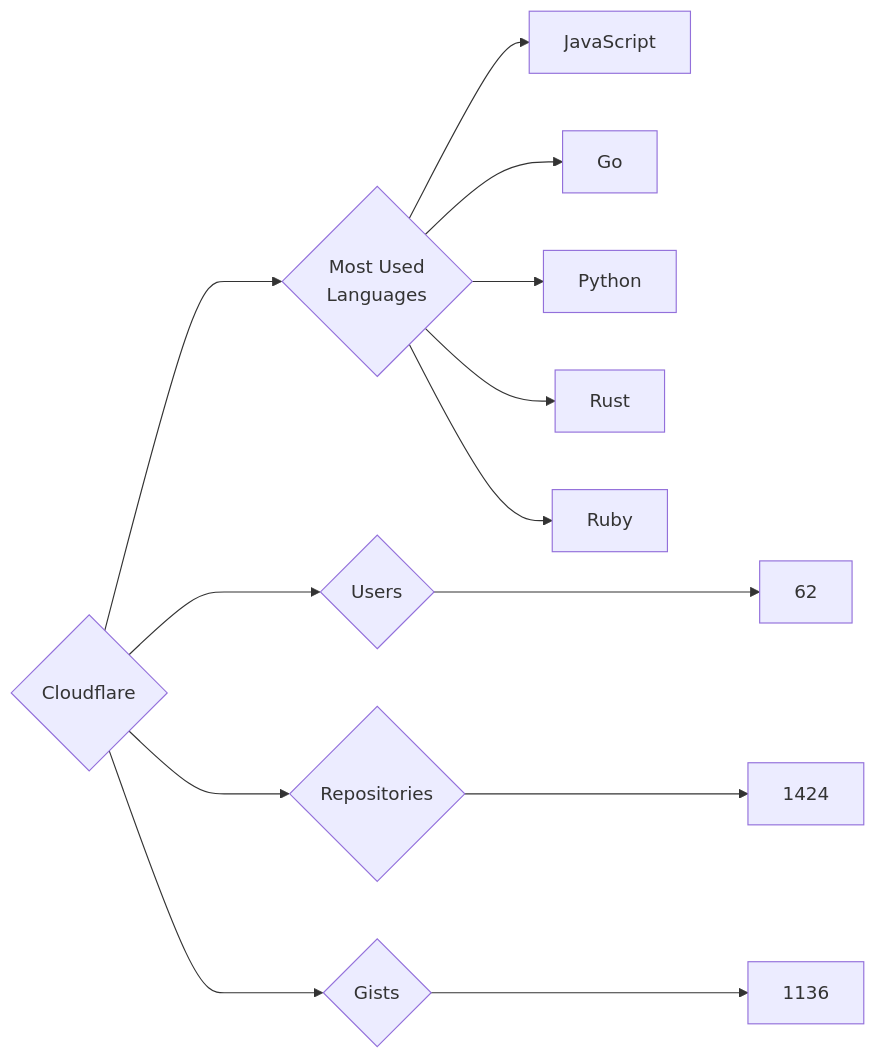
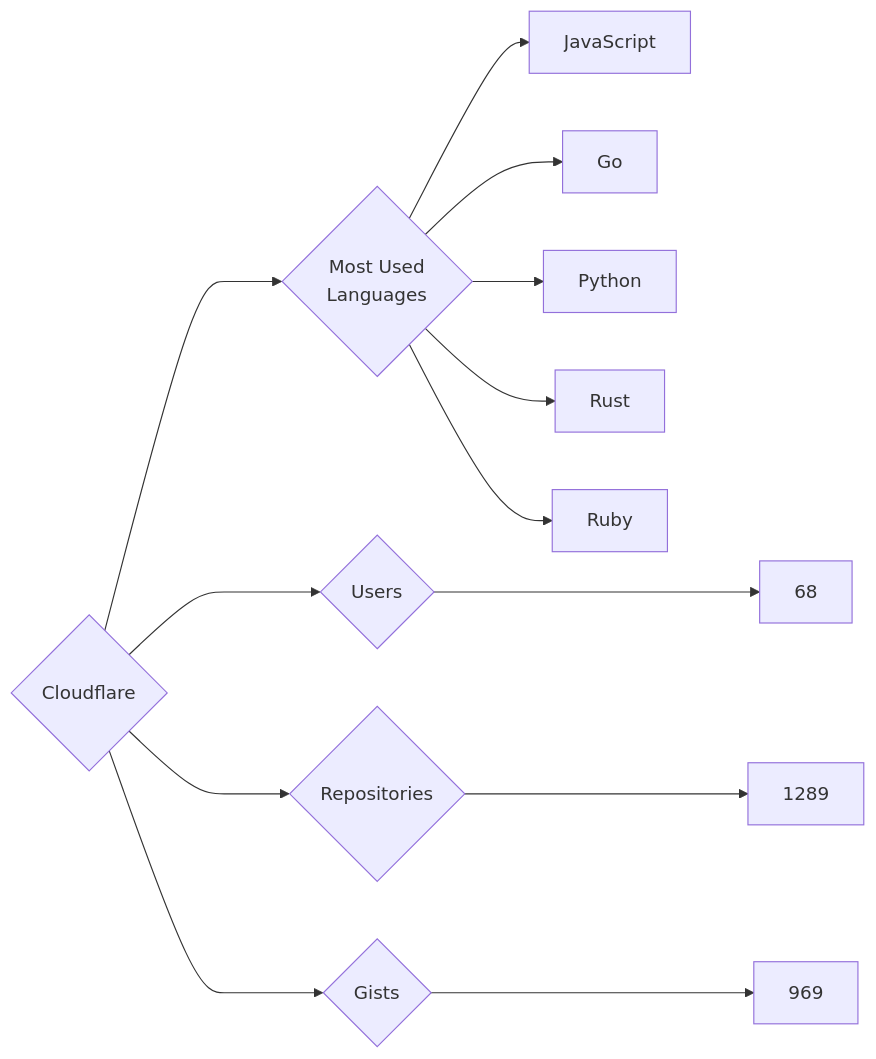
Before and after one commit to trickest/insiders: the diagram in targets/Cloudflare/README.md, drawn with Mermaid. The commit also changed 657 other files, not shown here.

````diff
--- a/targets/Cloudflare/README.md
+++ b/targets/Cloudflare/README.md
@@ -3,13 +3,13 @@
 ```mermaid
 graph LR
 COMPANY_NAME{Cloudflare}
-COMPANY_NAME ---> U{Users} ---> UN[62]
-COMPANY_NAME ---> R{Repositories} ---> RN[1424]
-COMPANY_NAME ---> G{Gists} ---> GN[1136]
+COMPANY_NAME ---> U{Users} ---> UN[68]
+COMPANY_NAME ---> R{Repositories} ---> RN[1289]
+COMPANY_NAME ---> G{Gists} ---> GN[969]
 COMPANY_NAME ---> ML{Most Used<br>Languages}
 ML --> JavaScript[JavaScript]
 ML --> Go[Go]
 ML --> Python[Python]
 ML --> Rust[Rust]
 ML --> Ruby[Ruby]
 ```
````
